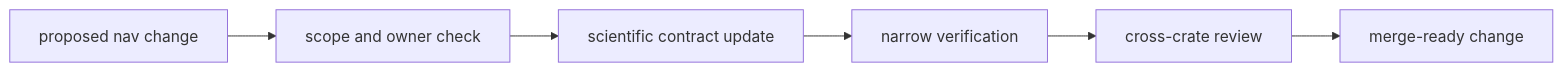
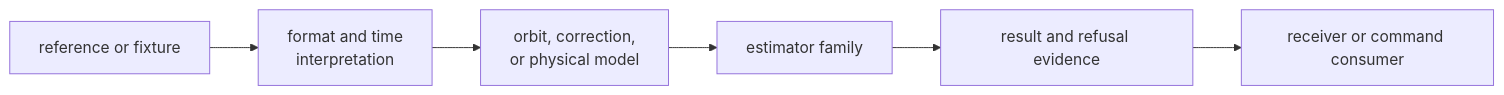
Before and after one commit to bijux/bijux-telecom: the second of 2 diagrams in docs/04-bijux-gnss-nav/operations/index.md, drawn with Mermaid. The commit also changed other lines of this file and 1 other file, not shown here.

Commit message:
docs(nav): require independent scientific evidence

````diff
--- a/docs/04-bijux-gnss-nav/operations/index.md
+++ b/docs/04-bijux-gnss-nav/operations/index.md
@@ -18,11 +51,11 @@
 ```mermaid
 flowchart LR
-    change["proposed nav change"]
-    scope["scope and owner check"]
-    docs["scientific contract update"]
-    tests["narrow verification"]
-    review["cross-crate review"]
-    release["merge-ready change"]
+    fixture["reference or fixture"]
+    interpretation["format and time<br/>interpretation"]
+    model["orbit, correction,<br/>or physical model"]
+    estimator["estimator family"]
+    result["result and refusal evidence"]
+    consumer["receiver or command consumer"]
 
-    change --> scope --> docs --> tests --> review --> release
+    fixture --> interpretation --> model --> estimator --> result --> consumer
 ```
````
